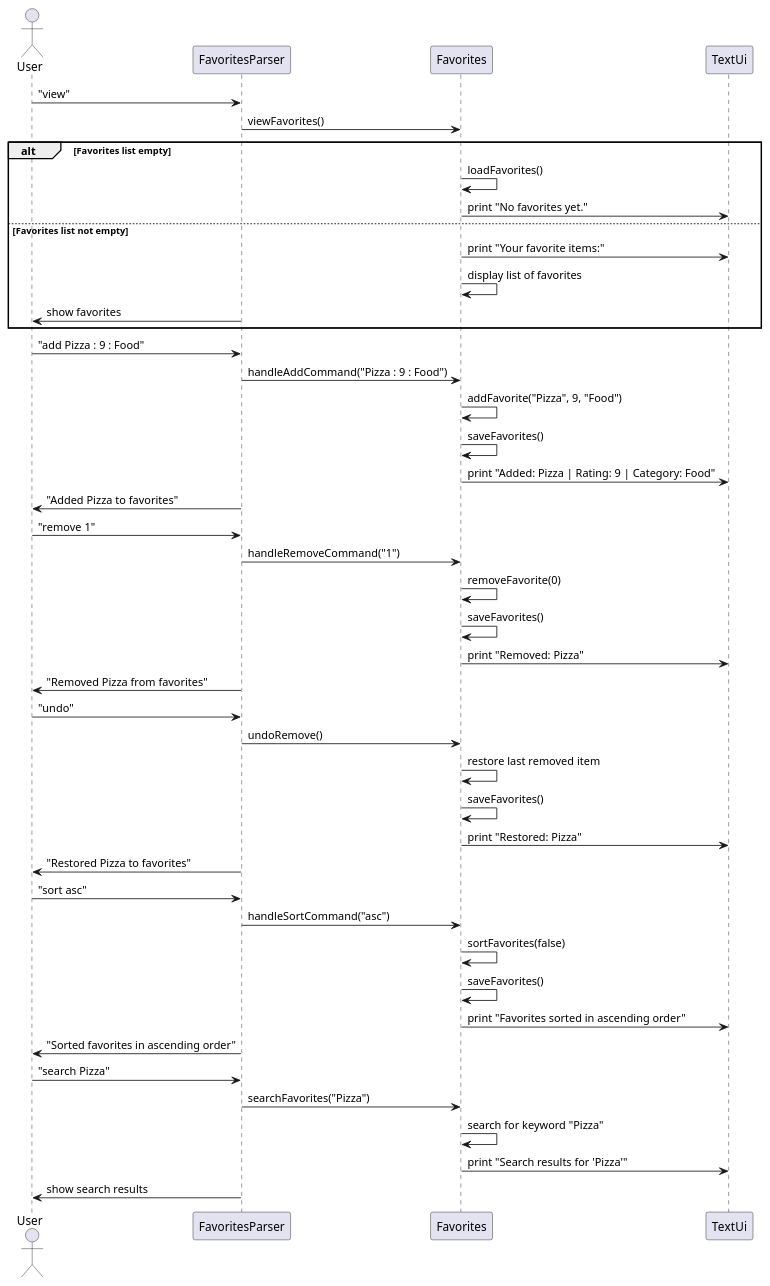
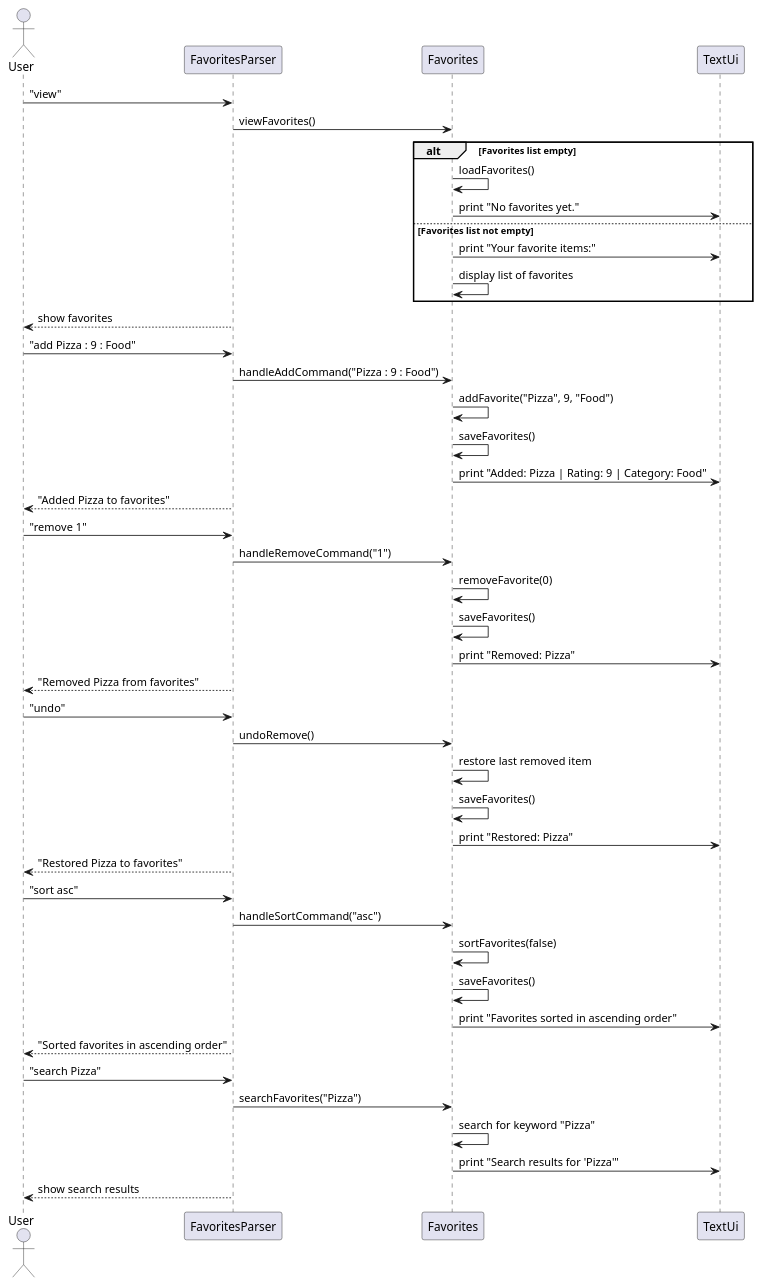
Before and after one commit to AY2425S2-CS2113-W12-2/tp: the diagram in docs/diagrams/favorites.puml, drawn with PlantUML. The commit also changed 1 other file, not shown here.

Commit message:
Update favorites uml diagram

```diff
--- a/docs/diagrams/favorites.puml
+++ b/docs/diagrams/favorites.puml
@@ -1,52 +1,52 @@
 @startuml FavoritesTracker
 actor User
 participant FavoritesParser
 participant Favorites
 participant TextUi
 
 User -> FavoritesParser: "view"
 FavoritesParser -> Favorites: viewFavorites()
 alt Favorites list empty
     Favorites -> Favorites: loadFavorites()
     Favorites -> TextUi: print "No favorites yet."
 else Favorites list not empty
     Favorites -> TextUi: print "Your favorite items:"
     Favorites -> Favorites: display list of favorites
-    FavoritesParser -> User: show favorites
 end
+FavoritesParser --> User: show favorites
 
 User -> FavoritesParser: "add Pizza : 9 : Food"
 FavoritesParser -> Favorites: handleAddCommand("Pizza : 9 : Food")
 Favorites -> Favorites: addFavorite("Pizza", 9, "Food")
 Favorites -> Favorites: saveFavorites()
 Favorites -> TextUi: print "Added: Pizza | Rating: 9 | Category: Food"
-FavoritesParser -> User: "Added Pizza to favorites"
+FavoritesParser --> User: "Added Pizza to favorites"
 
 User -> FavoritesParser: "remove 1"
 FavoritesParser -> Favorites: handleRemoveCommand("1")
 Favorites -> Favorites: removeFavorite(0)
 Favorites -> Favorites: saveFavorites()
 Favorites -> TextUi: print "Removed: Pizza"
-FavoritesParser -> User: "Removed Pizza from favorites"
+FavoritesParser --> User: "Removed Pizza from favorites"
 
 User -> FavoritesParser: "undo"
 FavoritesParser -> Favorites: undoRemove()
 Favorites -> Favorites: restore last removed item
 Favorites -> Favorites: saveFavorites()
 Favorites -> TextUi: print "Restored: Pizza"
-FavoritesParser -> User: "Restored Pizza to favorites"
+FavoritesParser --> User: "Restored Pizza to favorites"
 
 User -> FavoritesParser: "sort asc"
 FavoritesParser -> Favorites: handleSortCommand("asc")
 Favorites -> Favorites: sortFavorites(false)
 Favorites -> Favorites: saveFavorites()
 Favorites -> TextUi: print "Favorites sorted in ascending order"
-FavoritesParser -> User: "Sorted favorites in ascending order"
+FavoritesParser --> User: "Sorted favorites in ascending order"
 
 User -> FavoritesParser: "search Pizza"
 FavoritesParser -> Favorites: searchFavorites("Pizza")
 Favorites -> Favorites: search for keyword "Pizza"
 Favorites -> TextUi: print "Search results for 'Pizza'"
-FavoritesParser -> User: show search results
+FavoritesParser --> User: show search results
 
 @enduml
```
